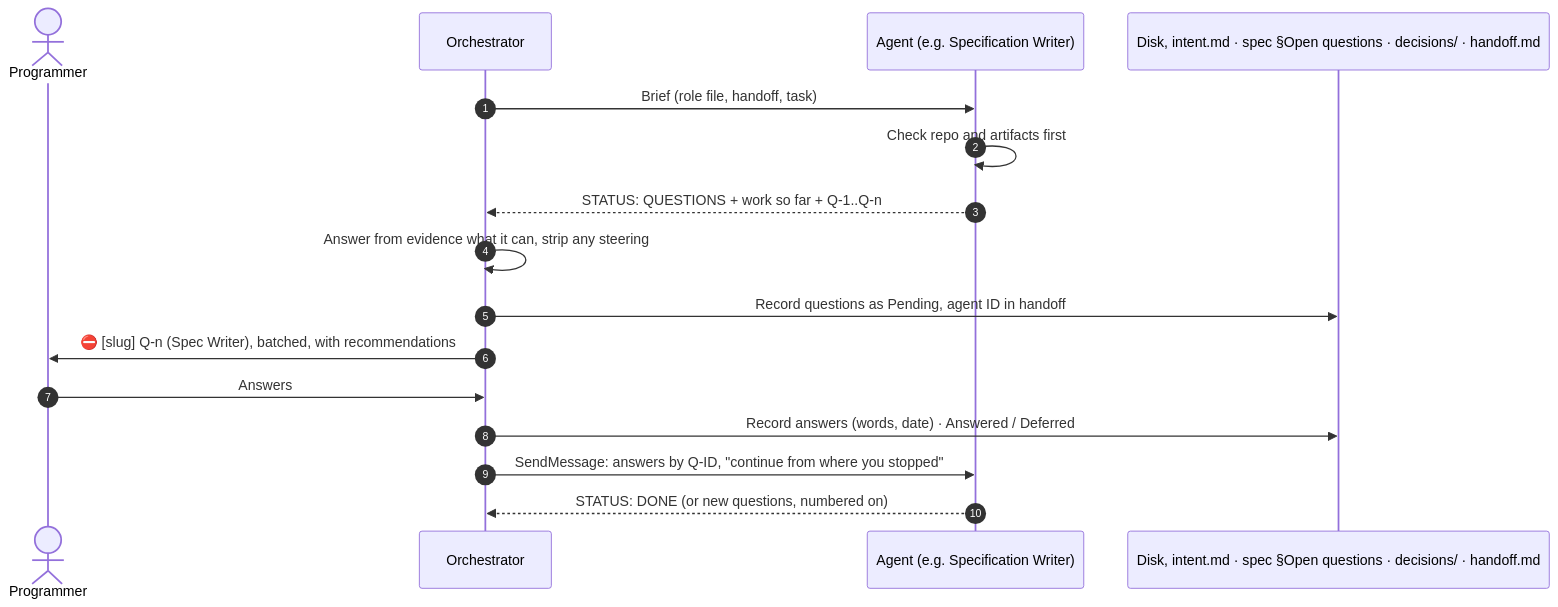
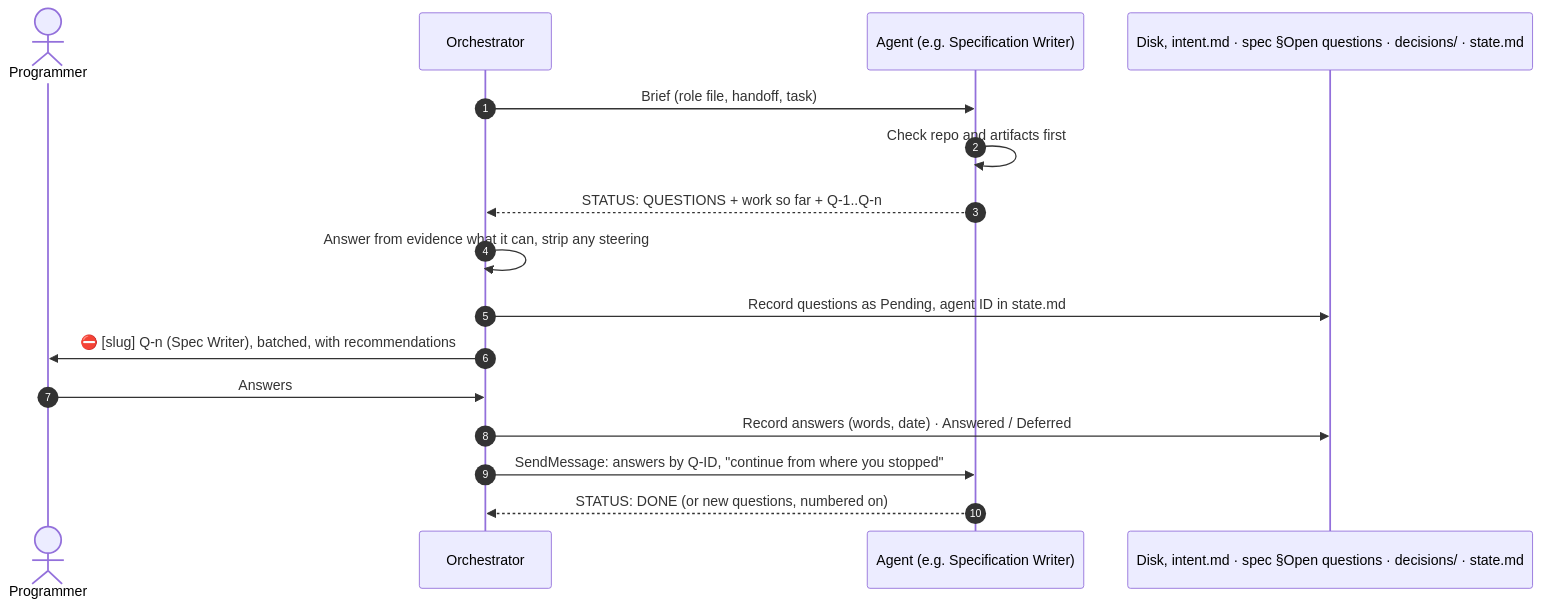
The seventh of 12 diagrams in docs/architecture.md (mariopedemonte12/claude-feature-workflow), drawn with Mermaid before and after one commit. The commit also changed other lines of this file and 2 other files, not shown here.

````diff
--- a/docs/architecture.md
+++ b/docs/architecture.md
@@ -261,19 +261,19 @@
 ```mermaid
 sequenceDiagram
     autonumber
     actor P as Programmer
     participant O as Orchestrator
     participant A as Agent (e.g. Specification Writer)
-    participant D as Disk, intent.md · spec §Open questions · decisions/ · handoff.md
+    participant D as Disk, intent.md · spec §Open questions · decisions/ · state.md
 
     O->>A: Brief (role file, handoff, task)
     A->>A: Check repo and artifacts first
     A-->>O: STATUS: QUESTIONS + work so far + Q-1..Q-n
     O->>O: Answer from evidence what it can, strip any steering
-    O->>D: Record questions as Pending, agent ID in handoff
+    O->>D: Record questions as Pending, agent ID in state.md
     O->>P: ⛔ [slug] Q-n (Spec Writer), batched, with recommendations
     P->>O: Answers
     O->>D: Record answers (words, date) · Answered / Deferred
     O->>A: SendMessage: answers by Q-ID, "continue from where you stopped"
     A-->>O: STATUS: DONE (or new questions, numbered on)
 ```
````
